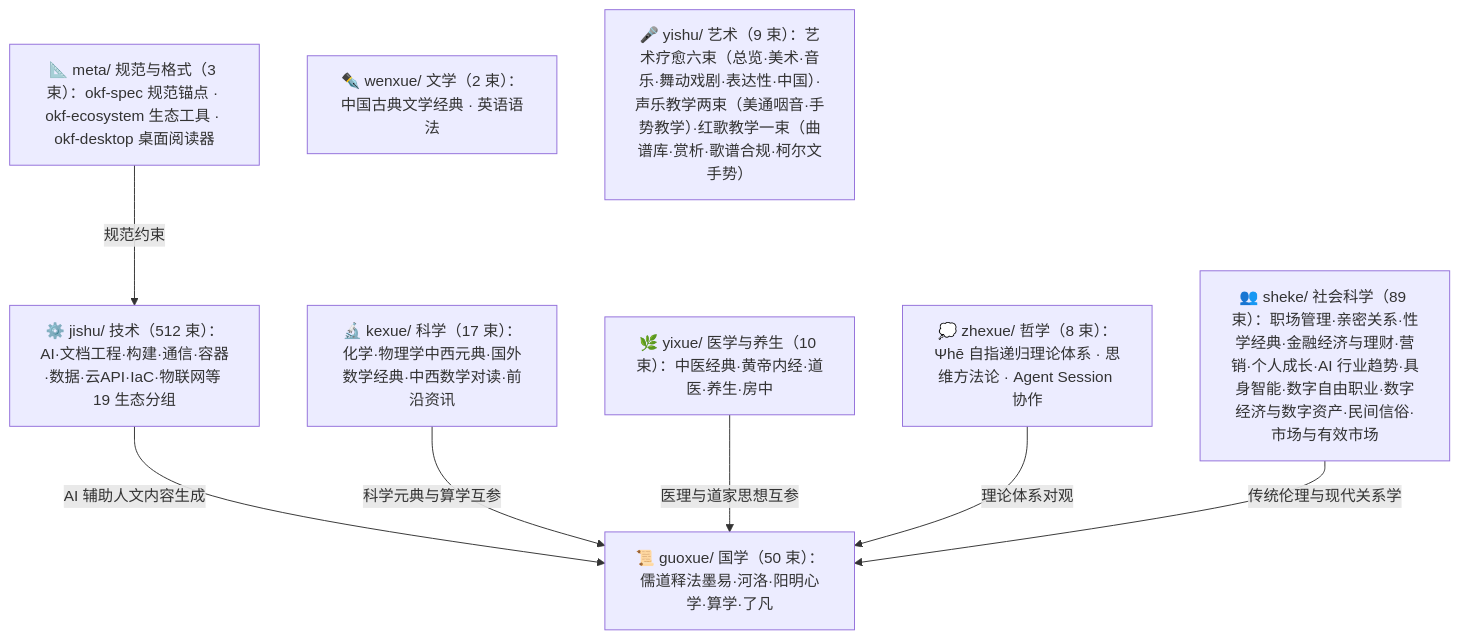
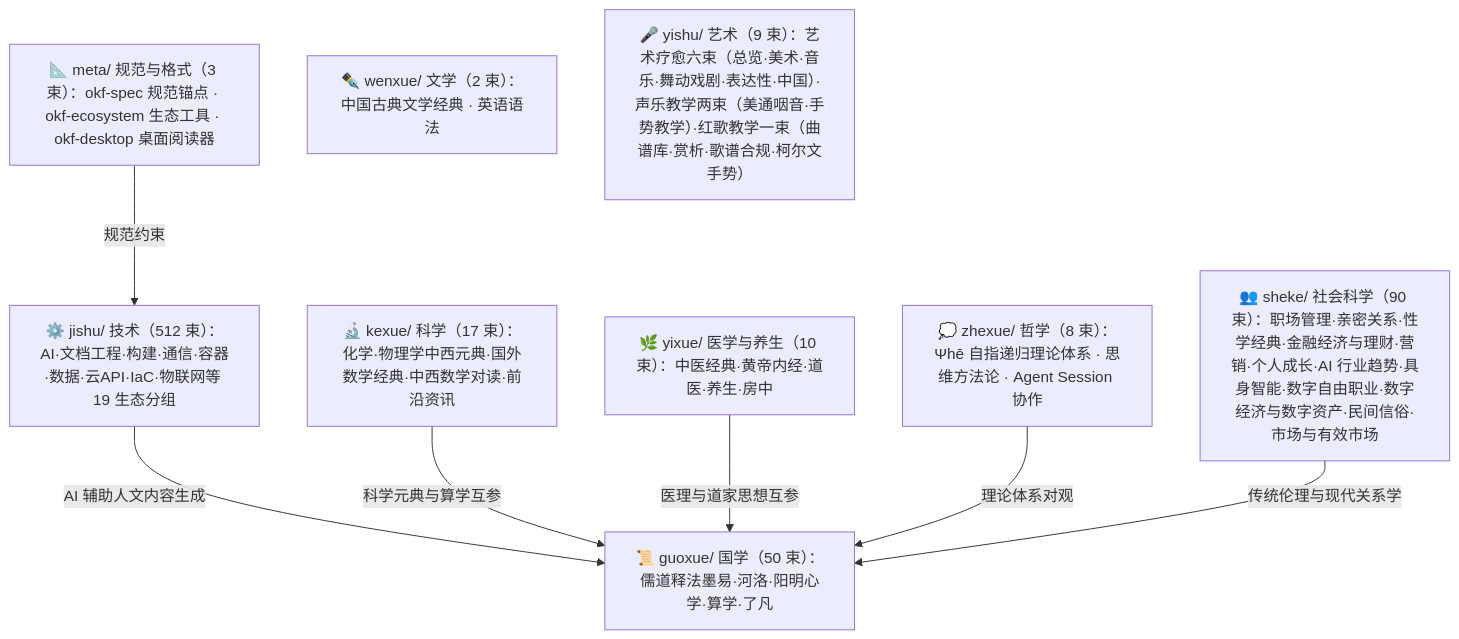
One commit to awesome-flexloop/awesome-okf changed the diagram in doc/bundles/index.md. Above: the diagram before and after it, drawn with Mermaid. The commit also changed other lines of this file and 20 other files, not shown here.

````diff
--- a/doc/bundles/index.md
+++ b/doc/bundles/index.md
@@ -21,18 +21,18 @@
 ```mermaid
 flowchart TD
     meta["📐 meta/ 规范与格式（3 束）：okf-spec 规范锚点 · okf-ecosystem 生态工具 · okf-desktop 桌面阅读器"]
     guoxue["📜 guoxue/ 国学（50 束）：儒道释法墨易·河洛·阳明心学·算学·了凡"]
     zhexue["💭 zhexue/ 哲学（8 束）：Ψhē 自指递归理论体系 · 思维方法论 · Agent Session 协作"]
     kexue["🔬 kexue/ 科学（17 束）：化学·物理学中西元典·国外数学经典·中西数学对读·前沿资讯"]
     wenxue["✒️ wenxue/ 文学（2 束）：中国古典文学经典 · 英语语法"]
     yixue["🌿 yixue/ 医学与养生（10 束）：中医经典·黄帝内经·道医·养生·房中"]
-    sheke["👥 sheke/ 社会科学（89 束）：职场管理·亲密关系·性学经典·金融经济与理财·营销·个人成长·AI 行业趋势·具身智能·数字自由职业·数字经济与数字资产·民间信俗·市场与有效市场"]
+    sheke["👥 sheke/ 社会科学（90 束）：职场管理·亲密关系·性学经典·金融经济与理财·营销·个人成长·AI 行业趋势·具身智能·数字自由职业·数字经济与数字资产·民间信俗·市场与有效市场"]
     yishu["🎤 yishu/ 艺术（9 束）：艺术疗愈六束（总览·美术·音乐·舞动戏剧·表达性·中国）·声乐教学两束（美通咽音·手势教学）·红歌教学一束（曲谱库·赏析·歌谱合规·柯尔文手势）"]
     jishu["⚙️ jishu/ 技术（512 束）：AI·文档工程·构建·通信·容器·数据·云API·IaC·物联网等 19 生态分组"]
     meta -->|"规范约束"| jishu
     jishu -->|"AI 辅助人文内容生成"| guoxue
     kexue -->|"科学元典与算学互参"| guoxue
     yixue -->|"医理与道家思想互参"| guoxue
     zhexue -->|"理论体系对观"| guoxue
     sheke -->|"传统伦理与现代关系学"| guoxue
 ```
````
